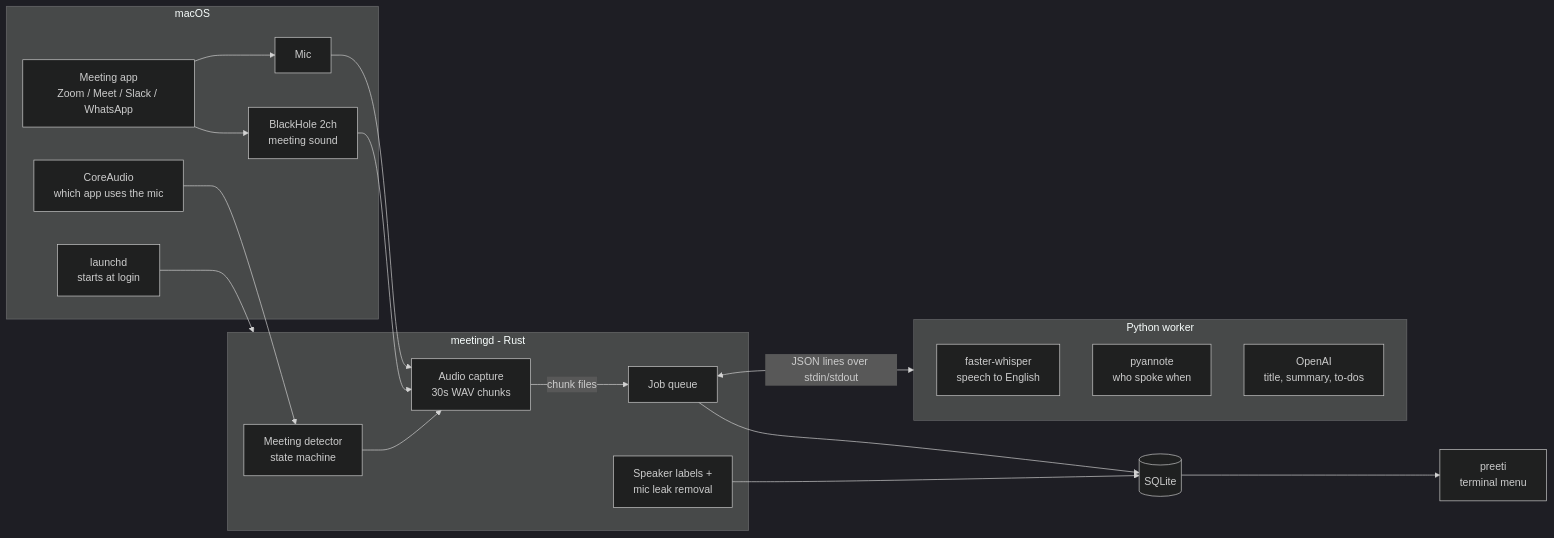
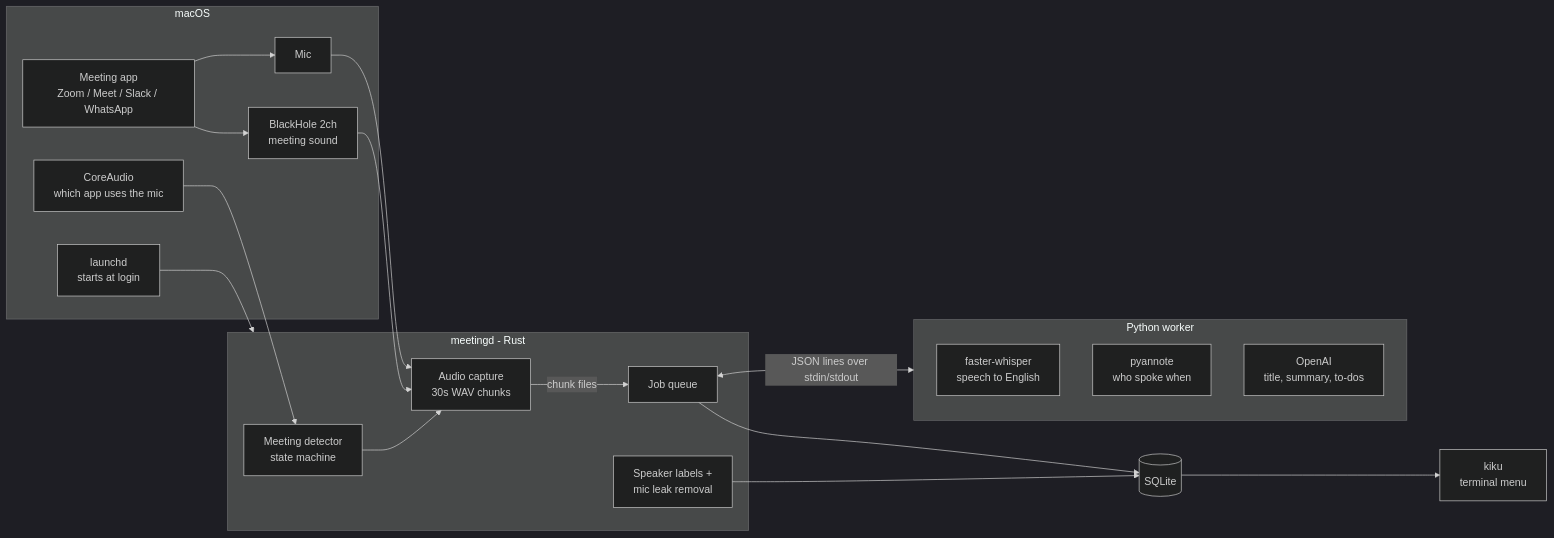
Before and after one commit to jay-isampelliwar/KiKu: the first of 2 diagrams in README.md, drawn with Mermaid (dark theme). The commit also changed other lines of this file and 11 other files, not shown here.

````diff
--- a/README.md
+++ b/README.md
@@ -34,39 +36,39 @@
 ```mermaid
 flowchart LR
     subgraph mac[macOS]
         apps[Meeting app<br/>Zoom / Meet / Slack / WhatsApp]
         mic[Mic]
         bh[BlackHole 2ch<br/>meeting sound]
         ca[CoreAudio<br/>which app uses the mic]
         ld[launchd<br/>starts at login]
     end
 
     subgraph daemon[meetingd - Rust]
         detect[Meeting detector<br/>state machine]
         capture[Audio capture<br/>30s WAV chunks]
         queue[Job queue]
         labels[Speaker labels +<br/>mic leak removal]
     end
 
     subgraph worker[Python worker]
         whisper[faster-whisper<br/>speech to English]
         pyannote[pyannote<br/>who spoke when]
         llm[OpenAI<br/>title, summary, to-dos]
     end
 
     db[(SQLite)]
-    cli[preeti<br/>terminal menu]
+    cli[kiku<br/>terminal menu]
 
     ld --> daemon
     apps --> mic
     apps --> bh
     ca --> detect
     mic --> capture
     bh --> capture
     detect --> capture
     capture -->|chunk files| queue
     queue <-->|JSON lines over stdin/stdout| worker
     queue --> db
     labels --> db
     db --> cli
 ```
````
